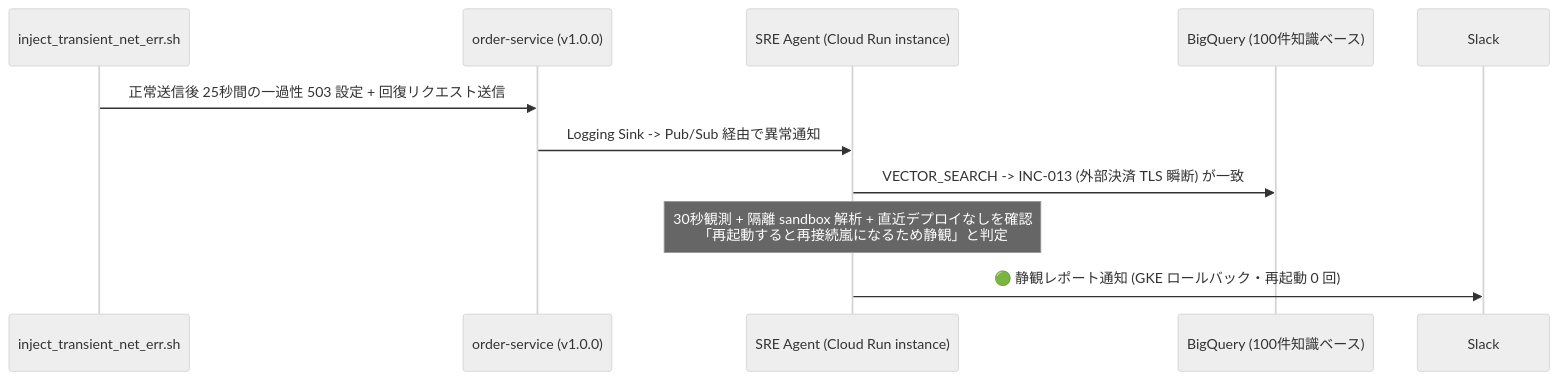
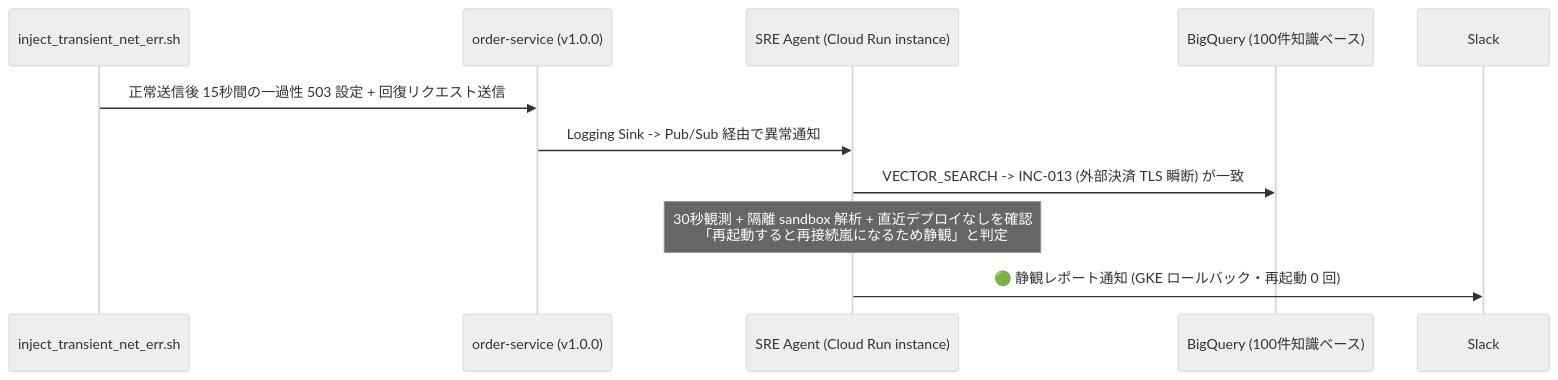
Before and after one commit to tyorikan/agentic-sre-handson: the second of 4 diagrams in docs/05-deploy-cloud-run-instance-and-drills.md, drawn with Mermaid (neutral theme). The commit also changed other lines of this file and 24 other files, not shown here.

````diff
--- a/docs/05-deploy-cloud-run-instance-and-drills.md
+++ b/docs/05-deploy-cloud-run-instance-and-drills.md
@@ -123,14 +124,14 @@
 ```mermaid
 sequenceDiagram
     participant Script as inject_transient_net_err.sh
     participant GKE as order-service (v1.0.0)
     participant Agent as SRE Agent (Cloud Run instance)
     participant BQ as BigQuery (100件知識ベース)
     participant Slack as Slack
 
-    Script->>GKE: 正常送信後 25秒間の一過性 503 設定 + 回復リクエスト送信
+    Script->>GKE: 正常送信後 15秒間の一過性 503 設定 + 回復リクエスト送信
     GKE->>Agent: Logging Sink -> Pub/Sub 経由で異常通知
     Agent->>BQ: VECTOR_SEARCH -> INC-013 (外部決済 TLS 瞬断) が一致
     Note over Agent: 30秒観測 + 隔離 sandbox 解析 + 直近デプロイなしを確認<br/>「再起動すると再接続嵐になるため静観」と判定
     Agent->>Slack: 🟢 静観レポート通知 (GKE ロールバック・再起動 0 回)
 ```
````
